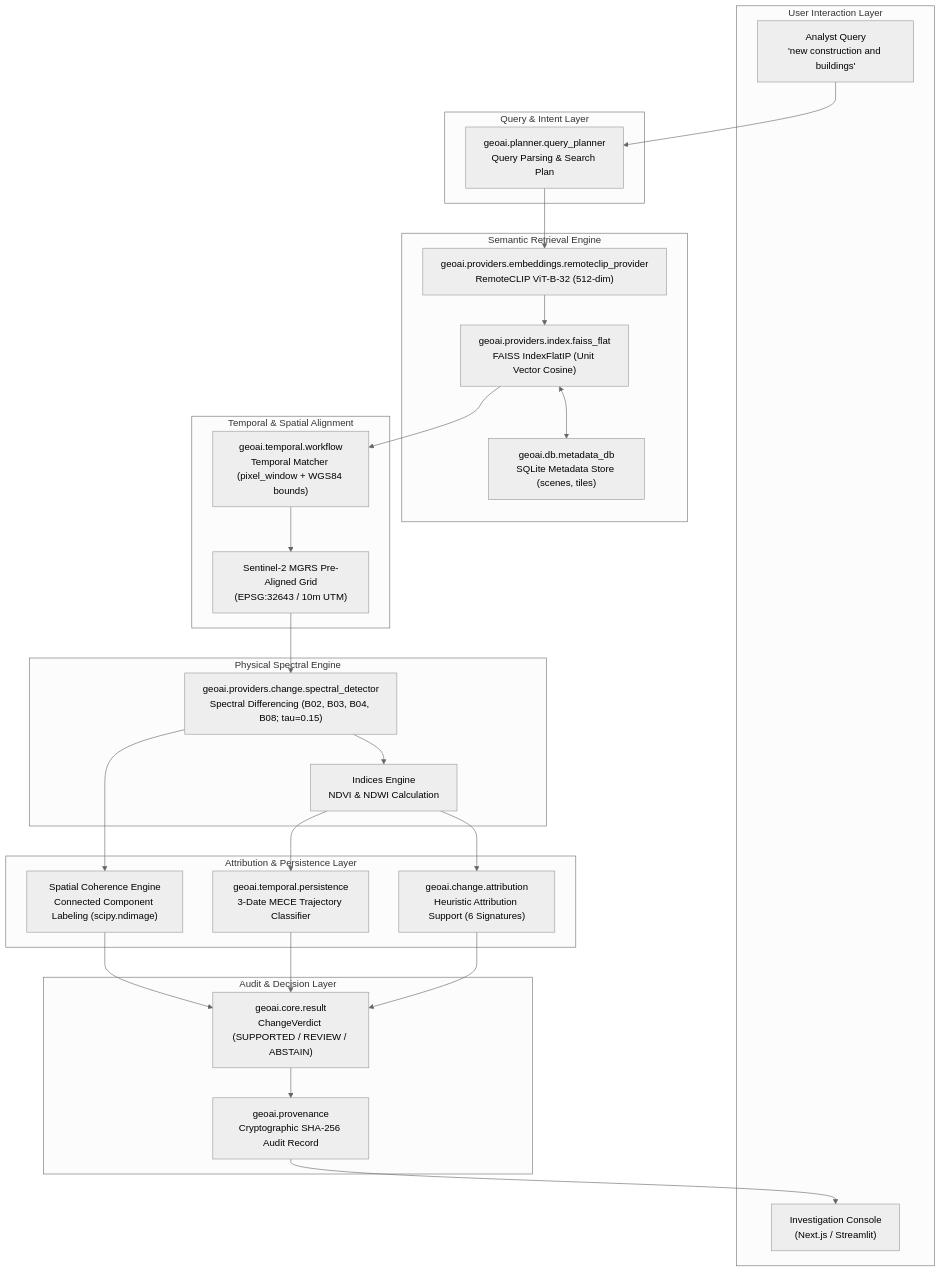
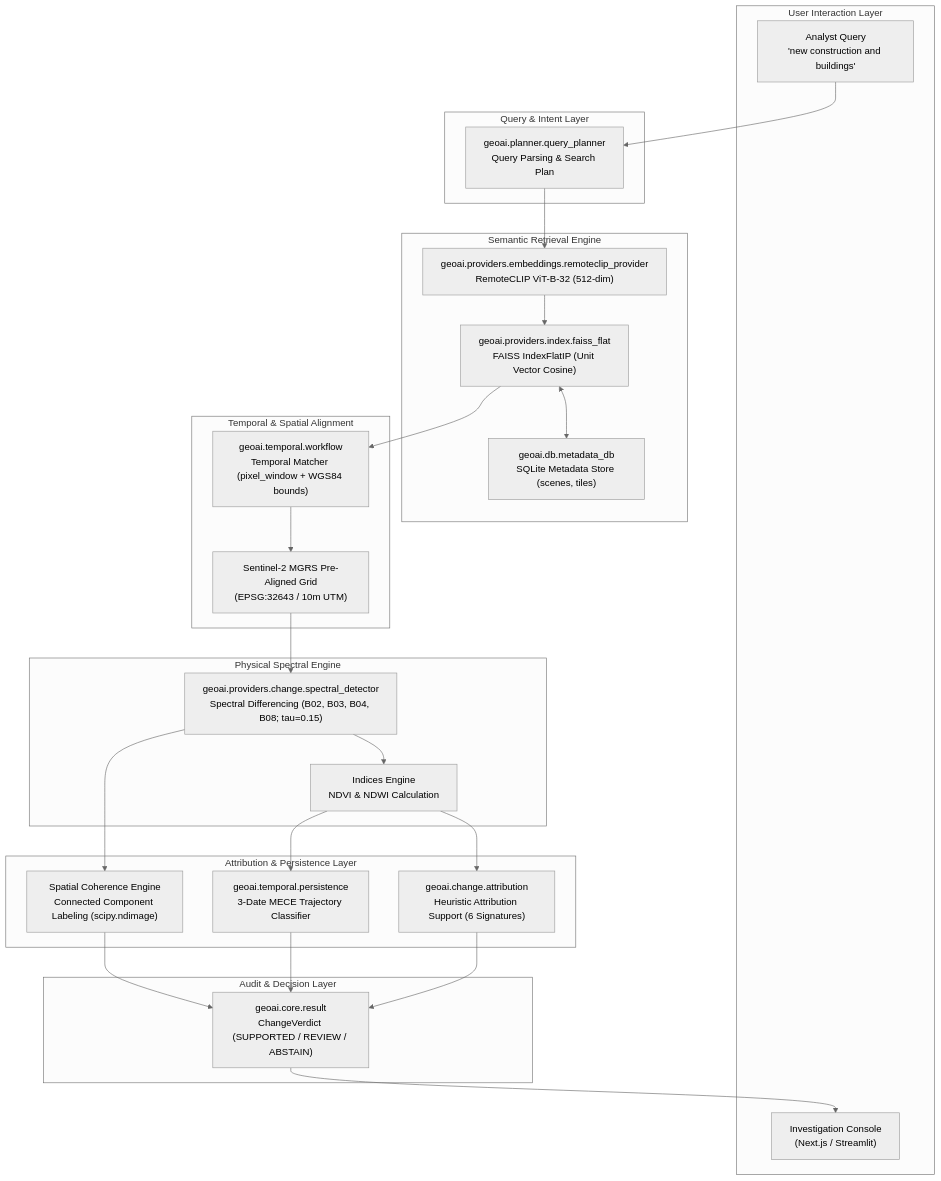
Before and after one commit to PhantomCipher13/terrae-geospatial-intelligence: the diagram in REPORT.md, drawn with Mermaid (neutral theme). The commit also changed other lines of this file, not shown here.

````diff
--- a/REPORT.md
+++ b/REPORT.md
@@ -70,55 +71,53 @@
 ```mermaid
 flowchart TD
     subgraph UI ["User Interaction Layer"]
         Q["Analyst Query\n'new construction and buildings'"]
         WS["Investigation Console\n(Next.js / Streamlit)"]
     end
 
     subgraph Intent ["Query & Intent Layer"]
         QP["geoai.planner.query_planner\nQuery Parsing & Search Plan"]
     end
 
     subgraph Retrieval ["Semantic Retrieval Engine"]
         RCLIP["geoai.providers.embeddings.remoteclip_provider\nRemoteCLIP ViT-B-32 (512-dim)"]
         FAISS["geoai.providers.index.faiss_flat\nFAISS IndexFlatIP (Unit Vector Cosine)"]
         MDB["geoai.db.metadata_db\nSQLite Metadata Store (scenes, tiles)"]
     end
 
     subgraph Matching ["Temporal & Spatial Alignment"]
         TMAT["geoai.temporal.workflow\nTemporal Matcher (pixel_window + WGS84 bounds)"]
         S2GRID["Sentinel-2 MGRS Pre-Aligned Grid\n(EPSG:32643 / 10m UTM)"]
     end
 
     subgraph Detection ["Physical Spectral Engine"]
         SCD["geoai.providers.change.spectral_detector\nSpectral Differencing (B02, B03, B04, B08; tau=0.15)"]
         IND["Indices Engine\nNDVI & NDWI Calculation"]
     end
 
     subgraph Attribution ["Attribution & Persistence Layer"]
         ATTR["geoai.change.attribution\nHeuristic Attribution Support (6 Signatures)"]
         COH["Spatial Coherence Engine\nConnected Component Labeling (scipy.ndimage)"]
         PERS["geoai.temporal.persistence\n3-Date MECE Trajectory Classifier"]
     end
 
     subgraph Decision ["Audit & Decision Layer"]
         DEC["geoai.core.result\nChangeVerdict (SUPPORTED / REVIEW / ABSTAIN)"]
-        PROV["geoai.provenance\nCryptographic SHA-256 Audit Record"]
     end
 
     Q --> QP
     QP --> RCLIP
     RCLIP --> FAISS
     FAISS <--> MDB
     FAISS --> TMAT
     TMAT --> S2GRID
     S2GRID --> SCD
     SCD --> IND
     IND --> ATTR
     SCD --> COH
     IND --> PERS
     ATTR --> DEC
     COH --> DEC
     PERS --> DEC
-    DEC --> PROV
-    PROV --> WS
+    DEC --> WS
 ```
````
